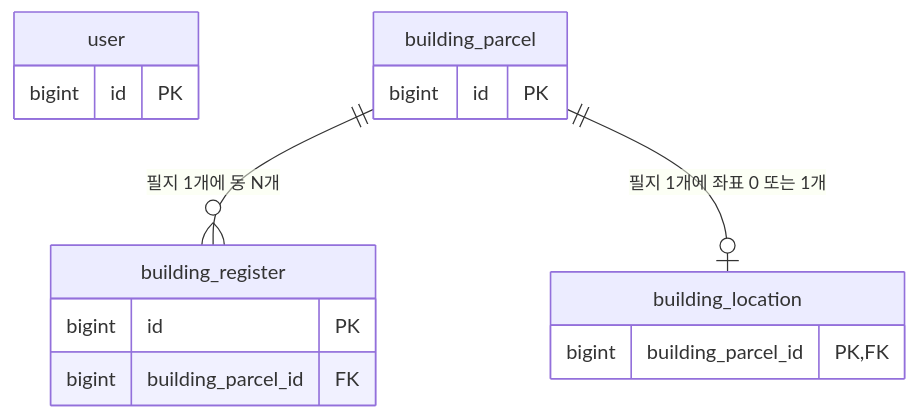
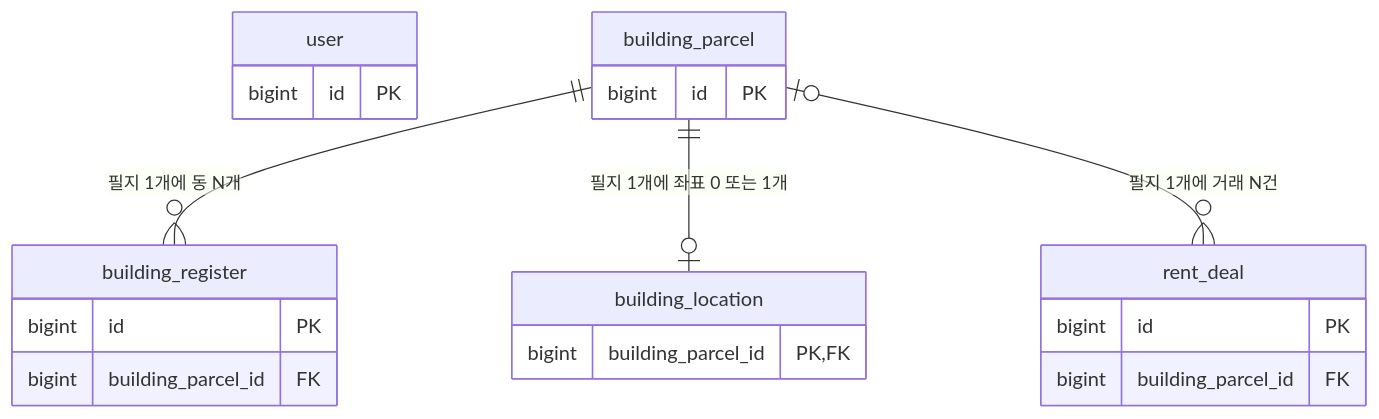
Before and after one commit to f-lab-edu/jipsee: the first of 6 diagrams in docs/erd.md, drawn with Mermaid. The commit also changed other lines of this file, not shown here.

Commit message:
docs: rent_deal ERD 추가

````diff
--- a/docs/erd.md
+++ b/docs/erd.md
@@ -5,18 +5,23 @@
 ```mermaid
 erDiagram
     user {
         bigint id PK
     }
     building_parcel ||--o{ building_register : "필지 1개에 동 N개"
     building_parcel {
         bigint id PK
     }
     building_register {
         bigint id PK
         bigint building_parcel_id FK
     }
     building_parcel ||--o| building_location : "필지 1개에 좌표 0 또는 1개"
     building_location {
         bigint building_parcel_id PK, FK
     }
+    building_parcel |o--o{ rent_deal : "필지 1개에 거래 N건"
+    rent_deal {
+        bigint id PK
+        bigint building_parcel_id FK
+    }
 ```
````
